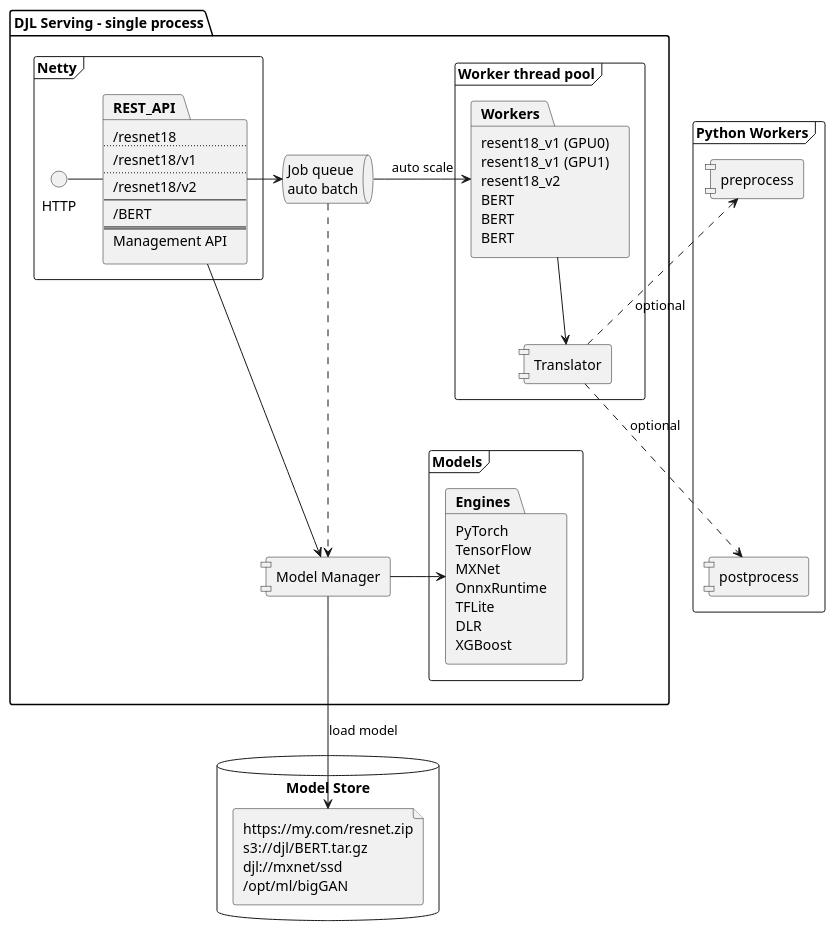
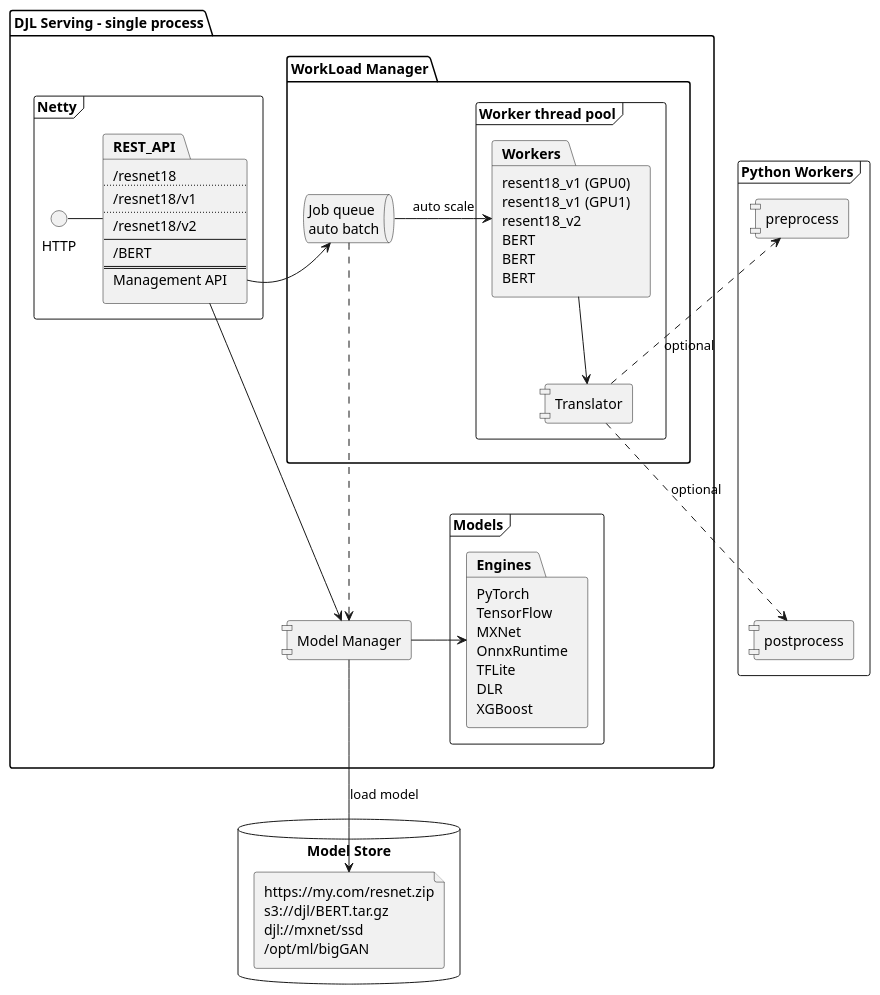
One commit to deepjavalibrary/djl-serving changed the diagram in serving/src/main/puml/architecture.puml. Above: the diagram before and after it, drawn with PlantUML. The commit also changed 35 other files, not shown here.

First line of the commit message:
Separate WorkLoadManager

```diff
--- a/serving/src/main/puml/architecture.puml
+++ b/serving/src/main/puml/architecture.puml
@@ -1,72 +1,74 @@
 @startuml
 skinparam componentStyle uml1
 
 database "Model Store" as ms {
     file URL [
         https://my.com/resnet.zip
         s3://djl/BERT.tar.gz
         djl://mxnet/ssd
         /opt/ml/bigGAN
     ]
 }
 
 package "DJL Serving - single process" {
     frame Netty {
         package REST_API [
             /resnet18
             ..
             /resnet18/v1
             ..
             /resnet18/v2
             --
             /BERT
             ===
             Management API
         ]
         HTTP - REST_API
     }
 
+    package "WorkLoad Manager" as wlm {
     frame "Worker thread pool" as wp {
         package Workers [
             resent18_v1 (GPU0)
             resent18_v1 (GPU1)
             resent18_v2
             BERT
             BERT
             BERT
         ]
         [Translator]
     }
 
     queue "Job queue\nauto batch" as jq
-    [Model Manager] as wlm
+    }
 
+    [Model Manager] as mm
     frame Models {
         package Engines [
             PyTorch
             TensorFlow
             MXNet
             OnnxRuntime
             TFLite
             DLR
             XGBoost
         ]
     }
 
     REST_API -> jq
-    REST_API ---> wlm
+    REST_API ---> mm
     jq -> Workers : auto scale
-    jq ...> wlm
-    wlm -right-> Engines
+    jq ...> mm
+    mm -right-> Engines
     Engines -[hidden]up- [Translator]
     Translator <-up- Workers
 }
 
 frame "Python Workers" {
     [preprocess] -[hidden]-- [postprocess]
 }
 
-wlm -down-> URL : load model
+mm -down-> URL : load model
 Translator -up.> preprocess : optional
 Translator -down.> postprocess : optional
 @enduml
```
